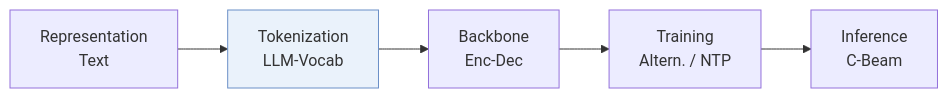
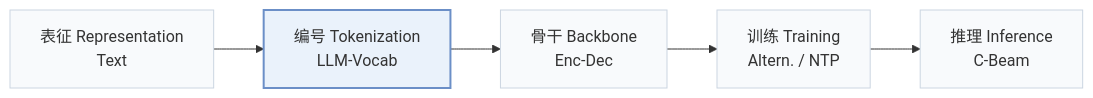
Before and after one commit to Galaxy-ghost/Awesome-SID-Generative-Rec: the first of 3 diagrams in pages/zh/papers/idgenrec.md, drawn with Mermaid. The commit also changed other lines of this file and 649 other files, not shown here.

Commit message:
writer-05: also tags and modality index (schema, check, build, visuals); summary field removed; calibration data for 12 papers

````diff
--- a/pages/zh/papers/idgenrec.md
+++ b/pages/zh/papers/idgenrec.md
@@ -13,6 +15,8 @@
 ```mermaid
 flowchart LR
-    R["Representation<br/>Text"] --> T["Tokenization<br/>LLM-Vocab"] --> B["Backbone<br/>Enc-Dec"] --> TR["Training<br/>Altern. / NTP"] --> I["Inference<br/>C-Beam"]
-    classDef main fill:#eaf2fb,stroke:#6b8fc7
+    R["表征 Representation<br/>Text"] --> T["编号 Tokenization<br/>LLM-Vocab"] --> B["骨干 Backbone<br/>Enc-Dec"] --> TR["训练 Training<br/>Altern. / NTP"] --> I["推理 Inference<br/>C-Beam"]
+    classDef base fill:#f8fafc,stroke:#cbd5e1
+    class R,T,B,TR,I base
+    classDef main fill:#eaf2fb,stroke:#6b8fc7,stroke-width:2px
     class T main
 ```
````
